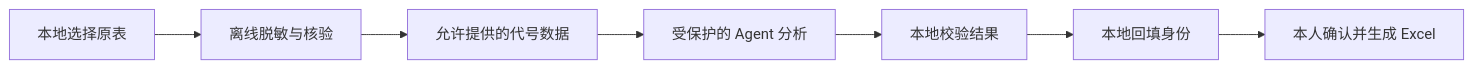
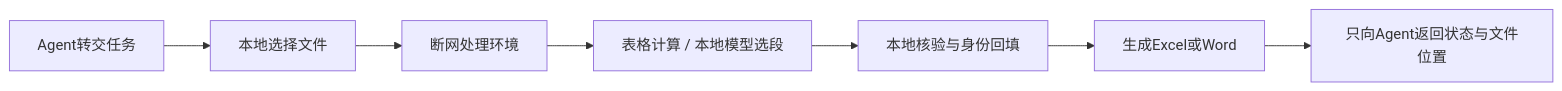
The diagram in README.md (Jia-qi-13141516/privacy-protector), drawn with Mermaid before and after one commit. The commit also changed other lines of this file and 33 other files, not shown here.

````diff
--- a/README.md
+++ b/README.md
@@ -101,9 +62,9 @@
 ```mermaid
 flowchart LR
-    A[本地选择原表] --> B[离线脱敏与核验]
-    B --> C[允许提供的代号数据]
-    C --> D[受保护的 Agent 分析]
-    D --> E[本地校验结果]
-    E --> F[本地回填身份]
-    F --> G[本人确认并生成 Excel]
+    A[Agent转交任务] --> B[本地选择文件]
+    B --> C[断网处理环境]
+    C --> D[表格计算 / 本地模型选段]
+    D --> E[本地核验与身份回填]
+    E --> F[生成Excel或Word]
+    F --> G[只向Agent返回状态与文件位置]
 ```
````
